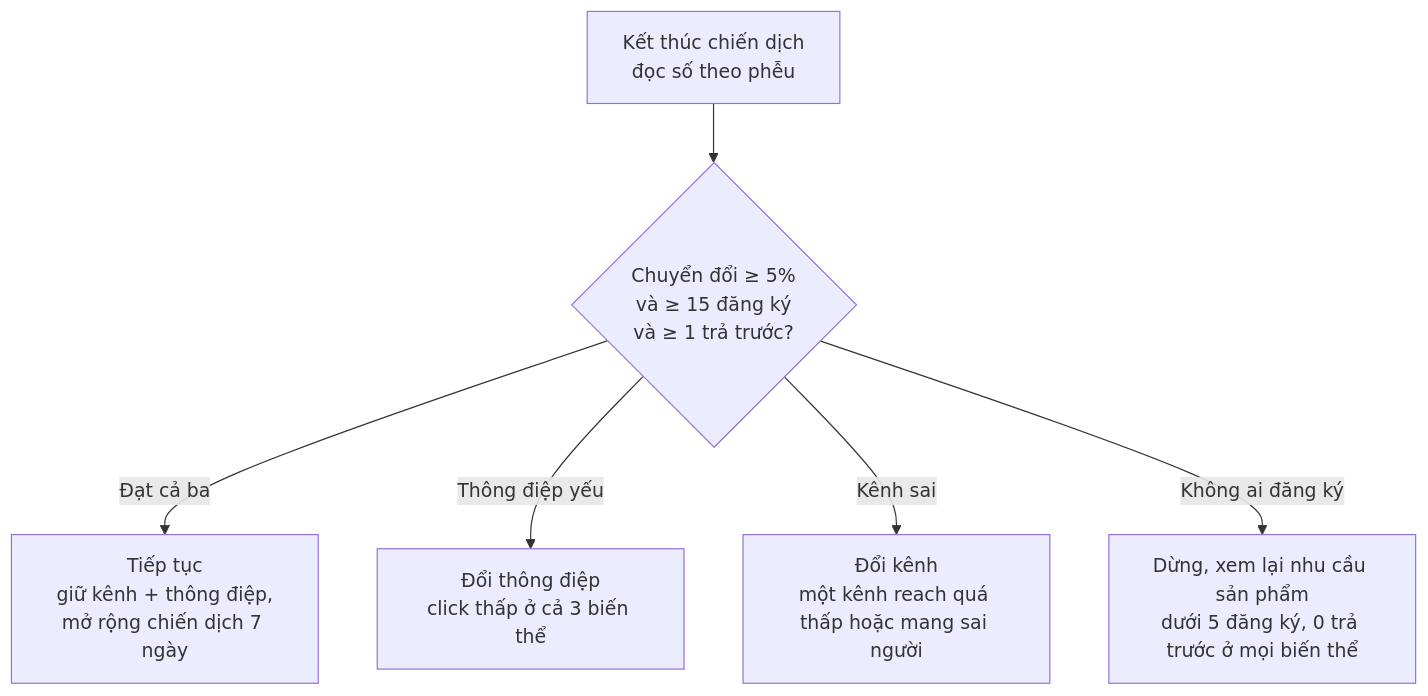
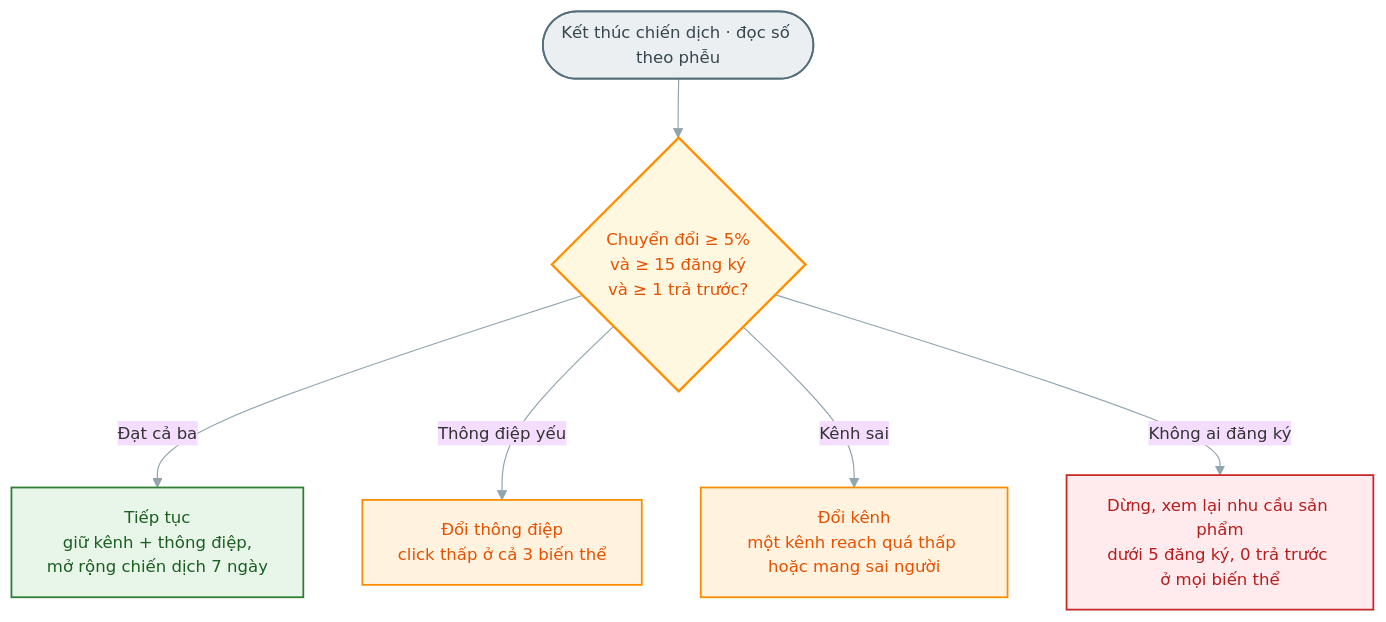
One commit to KieuDuyennn/start-up_nutriplan changed the second of 2 diagrams in docs/PA3-quang-ba/09-chi-so-do-luong.md. Above: the diagram before and after it, drawn with Mermaid. The commit also changed other lines of this file, not shown here.

Commit message:
style(pa3): restyle item 9 funnel and decision-gate diagrams

````diff
--- a/docs/PA3-quang-ba/09-chi-so-do-luong.md
+++ b/docs/PA3-quang-ba/09-chi-so-do-luong.md
@@ -132,8 +143,19 @@
 ```mermaid
+%%{init: {'theme':'base','themeVariables':{'fontFamily':'Segoe UI, Roboto, sans-serif','fontSize':'14px','lineColor':'#90A4AE'}}}%%
 flowchart TD
-  Start["Kết thúc chiến dịch<br/>đọc số theo phễu"] --> Q{"Chuyển đổi ≥ 5%<br/>và ≥ 15 đăng ký<br/>và ≥ 1 trả trước?"}
+  Start(["Kết thúc chiến dịch · đọc số theo phễu"]) --> Q{"Chuyển đổi ≥ 5%<br/>và ≥ 15 đăng ký<br/>và ≥ 1 trả trước?"}
   Q -->|Đạt cả ba| Cont["Tiếp tục<br/>giữ kênh + thông điệp,<br/>mở rộng chiến dịch 7 ngày"]
   Q -->|Thông điệp yếu| Msg["Đổi thông điệp<br/>click thấp ở cả 3 biến thể"]
   Q -->|Kênh sai| Chan["Đổi kênh<br/>một kênh reach quá thấp hoặc mang sai người"]
   Q -->|Không ai đăng ký| Stop["Dừng, xem lại nhu cầu sản phẩm<br/>dưới 5 đăng ký, 0 trả trước ở mọi biến thể"]
+  classDef start fill:#ECEFF1,stroke:#546E7A,stroke-width:1.5px,color:#37474F;
+  classDef gate fill:#FFF8E1,stroke:#FF8F00,stroke-width:2px,color:#E65100;
+  classDef good fill:#E8F5E9,stroke:#2E7D32,stroke-width:1.5px,color:#1B5E20;
+  classDef warn fill:#FFF3E0,stroke:#FB8C00,stroke-width:1.5px,color:#E65100;
+  classDef bad fill:#FFEBEE,stroke:#C62828,stroke-width:1.5px,color:#B71C1C;
+  class Start start;
+  class Q gate;
+  class Cont good;
+  class Msg,Chan warn;
+  class Stop bad;
 ```
````
